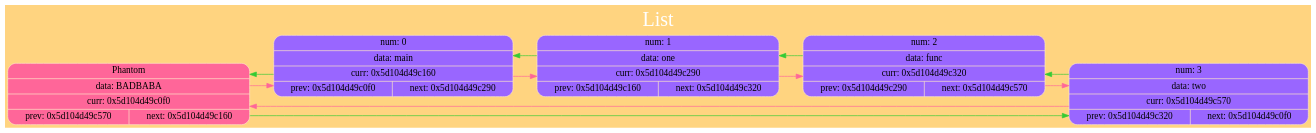
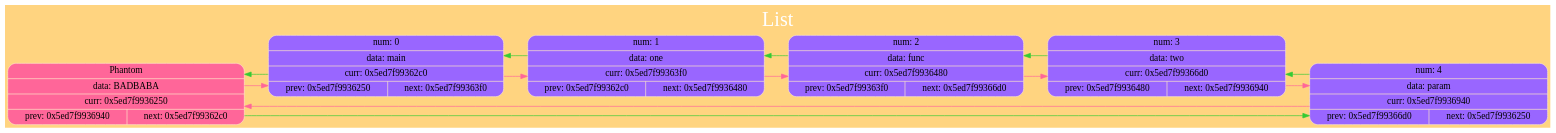
Before and after one commit to kand1bober/OOSD-Language: the diagram in StringList/dump/ListGraph.dot, drawn with Graphviz. The commit also changed 13 other files, not shown here.

```diff
--- a/StringList/dump/ListGraph.dot
+++ b/StringList/dump/ListGraph.dot
@@ -1,28 +1,31 @@
 digraph G
 {
 label="List";
  labelloc="t";
  fontsize=30
  fontname="Verdana";
  fontcolor="#FFFFFF"
 
 rankdir=LR; splines=ortho; size="200,300"; bgcolor="#ffd480";
-{ node_0x5d104d49c0f0 [shape = record; style="rounded, filled", fillcolor="#ff6699", color="#FFE9C7", label=" { Phantom } | { data: BADBABA } | { curr: 0x5d104d49c0f0 } | { { prev: 0x5d104d49c570 } | { next: 0x5d104d49c160 } }  "] 
+{ node_0x5ed7f9936250 [shape = record; style="rounded, filled", fillcolor="#ff6699", color="#FFE9C7", label=" { Phantom } | { data: BADBABA } | { curr: 0x5ed7f9936250 } | { { prev: 0x5ed7f9936940 } | { next: 0x5ed7f99362c0 } }  "] 
 }
-node_0x5d104d49c160 [shape = record; style="rounded, filled", fillcolor="#9966FF", color="#FFE9C7", label=" { num: 0 } | { data: main } | { curr: 0x5d104d49c160 } | { { prev: 0x5d104d49c0f0 } | { next: 0x5d104d49c290 } }  "] 
-node_0x5d104d49c290 [shape = record; style="rounded, filled", fillcolor="#9966FF", color="#FFE9C7", label=" { num: 1 } | { data: one } | { curr: 0x5d104d49c290 } | { { prev: 0x5d104d49c160 } | { next: 0x5d104d49c320 } }  "] 
-node_0x5d104d49c320 [shape = record; style="rounded, filled", fillcolor="#9966FF", color="#FFE9C7", label=" { num: 2 } | { data: func } | { curr: 0x5d104d49c320 } | { { prev: 0x5d104d49c290 } | { next: 0x5d104d49c570 } }  "] 
-node_0x5d104d49c570 [shape = record; style="rounded, filled", fillcolor="#9966FF", color="#FFE9C7", label=" { num: 3 } | { data: two } | { curr: 0x5d104d49c570 } | { { prev: 0x5d104d49c320 } | { next: 0x5d104d49c0f0 } }  "] 
+node_0x5ed7f99362c0 [shape = record; style="rounded, filled", fillcolor="#9966FF", color="#FFE9C7", label=" { num: 0 } | { data: main } | { curr: 0x5ed7f99362c0 } | { { prev: 0x5ed7f9936250 } | { next: 0x5ed7f99363f0 } }  "] 
+node_0x5ed7f99363f0 [shape = record; style="rounded, filled", fillcolor="#9966FF", color="#FFE9C7", label=" { num: 1 } | { data: one } | { curr: 0x5ed7f99363f0 } | { { prev: 0x5ed7f99362c0 } | { next: 0x5ed7f9936480 } }  "] 
+node_0x5ed7f9936480 [shape = record; style="rounded, filled", fillcolor="#9966FF", color="#FFE9C7", label=" { num: 2 } | { data: func } | { curr: 0x5ed7f9936480 } | { { prev: 0x5ed7f99363f0 } | { next: 0x5ed7f99366d0 } }  "] 
+node_0x5ed7f99366d0 [shape = record; style="rounded, filled", fillcolor="#9966FF", color="#FFE9C7", label=" { num: 3 } | { data: two } | { curr: 0x5ed7f99366d0 } | { { prev: 0x5ed7f9936480 } | { next: 0x5ed7f9936940 } }  "] 
+node_0x5ed7f9936940 [shape = record; style="rounded, filled", fillcolor="#9966FF", color="#FFE9C7", label=" { num: 4 } | { data: param } | { curr: 0x5ed7f9936940 } | { { prev: 0x5ed7f99366d0 } | { next: 0x5ed7f9936250 } }  "] 
 
-node_0x5d104d49c0f0 -> node_0x5d104d49c160 [color ="#ff6699"];
-node_0x5d104d49c0f0 -> node_0x5d104d49c570 [color ="#34cb34"];
-node_0x5d104d49c160 -> node_0x5d104d49c290 [color ="#ff6699"];
-node_0x5d104d49c160 -> node_0x5d104d49c0f0 [color ="#34cb34"];
-node_0x5d104d49c290 -> node_0x5d104d49c320 [color ="#ff6699"];
-node_0x5d104d49c290 -> node_0x5d104d49c160 [color ="#34cb34"];
-node_0x5d104d49c320 -> node_0x5d104d49c570 [color ="#ff6699"];
-node_0x5d104d49c320 -> node_0x5d104d49c290 [color ="#34cb34"];
-node_0x5d104d49c570 -> node_0x5d104d49c0f0 [color ="#ff6699"];
-node_0x5d104d49c570 -> node_0x5d104d49c320 [color ="#34cb34"];
+node_0x5ed7f9936250 -> node_0x5ed7f99362c0 [color ="#ff6699"];
+node_0x5ed7f9936250 -> node_0x5ed7f9936940 [color ="#34cb34"];
+node_0x5ed7f99362c0 -> node_0x5ed7f99363f0 [color ="#ff6699"];
+node_0x5ed7f99362c0 -> node_0x5ed7f9936250 [color ="#34cb34"];
+node_0x5ed7f99363f0 -> node_0x5ed7f9936480 [color ="#ff6699"];
+node_0x5ed7f99363f0 -> node_0x5ed7f99362c0 [color ="#34cb34"];
+node_0x5ed7f9936480 -> node_0x5ed7f99366d0 [color ="#ff6699"];
+node_0x5ed7f9936480 -> node_0x5ed7f99363f0 [color ="#34cb34"];
+node_0x5ed7f99366d0 -> node_0x5ed7f9936940 [color ="#ff6699"];
+node_0x5ed7f99366d0 -> node_0x5ed7f9936480 [color ="#34cb34"];
+node_0x5ed7f9936940 -> node_0x5ed7f9936250 [color ="#ff6699"];
+node_0x5ed7f9936940 -> node_0x5ed7f99366d0 [color ="#34cb34"];
 
 }
```
